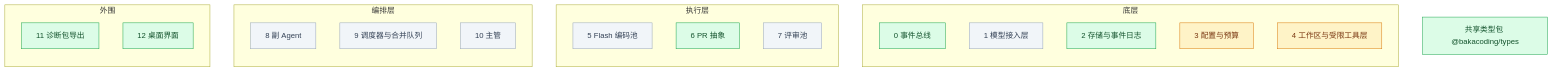
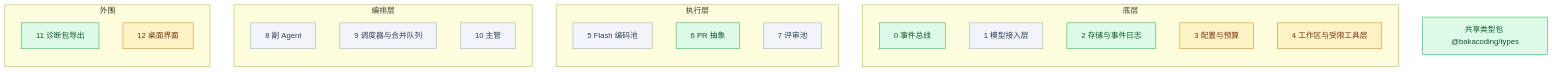
One commit to Akarin7784/BakaCoding changed the diagram in docs/progress.md. Above: the diagram before and after it, drawn with Mermaid. The commit also changed other lines of this file and 23 other files, not shown here.

````diff
--- a/docs/progress.md
+++ b/docs/progress.md
@@ -11,33 +11,33 @@
 ```mermaid
 flowchart BT
   subgraph 底层
     M0[0 事件总线]
     M1[1 模型接入层]
     M2[2 存储与事件日志]
     M3[3 配置与预算]
     M4[4 工作区与受限工具层]
   end
   subgraph 执行层
     M5[5 Flash 编码池]
     M6[6 PR 抽象]
     M7[7 评审池]
   end
   subgraph 编排层
     M8[8 副 Agent]
     M9[9 调度器与合并队列]
     M10[10 主管]
   end
   subgraph 外围
     M11[11 诊断包导出]
     M12[12 桌面界面]
   end
   T[共享类型包 @bakacoding/types]
 
   classDef todo fill:#f1f5f9,stroke:#94a3b8,color:#334155
   classDef doing fill:#fef3c7,stroke:#d97706,color:#78350f
   classDef done fill:#dcfce7,stroke:#16a34a,color:#14532d
 
-  class M0,M2,M6,M11,M12,T done
-  class M3,M4 doing
+  class M0,M2,M6,M11,T done
+  class M3,M4,M12 doing
   class M1,M5,M7,M8,M9,M10 todo
 ```
````
